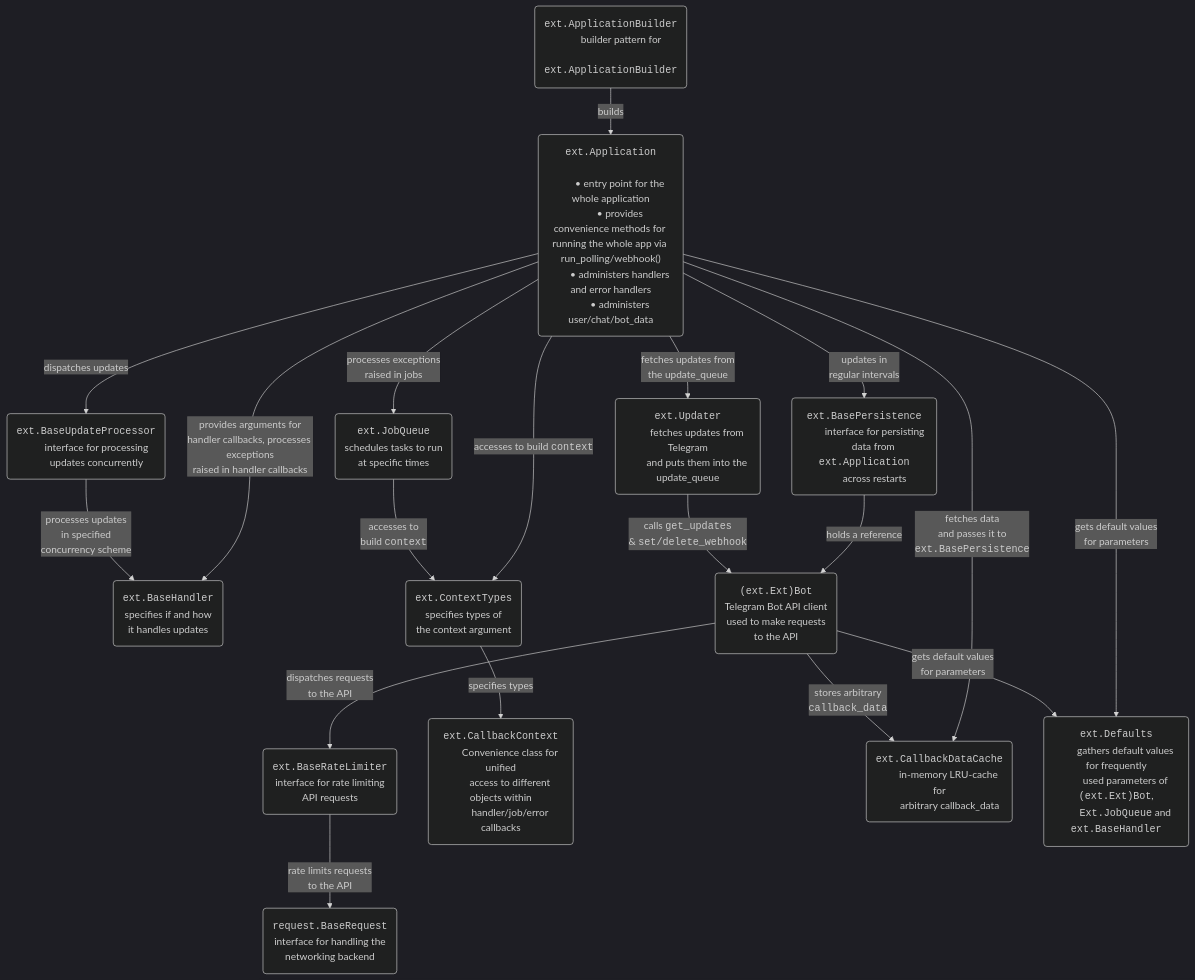
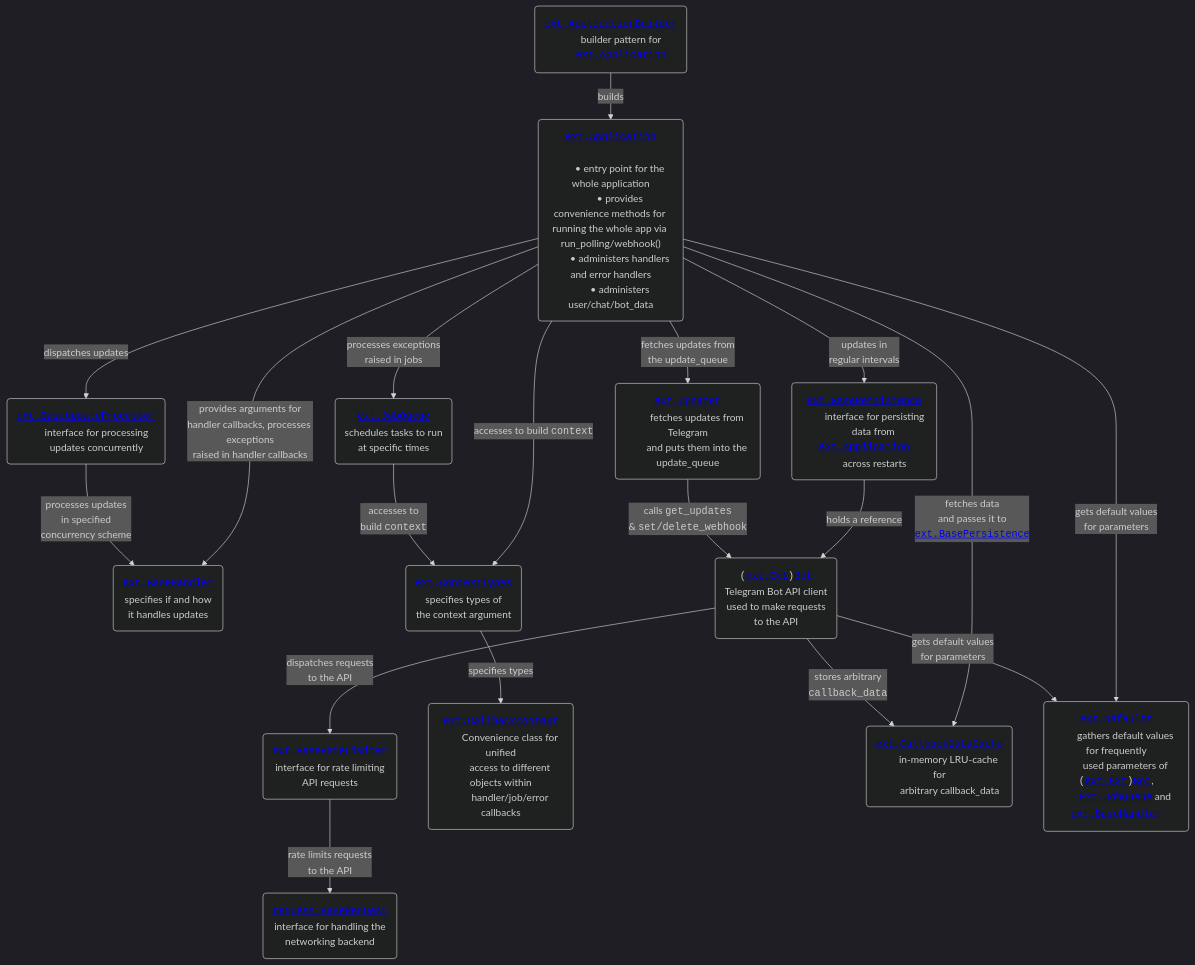
Before and after one commit to RakhithJK/python-telegram-bot-python-telegram-bot-wiki: the diagram in Architecture.md, drawn with Mermaid (dark theme).

Commit message:
Add hyperlinks 🤩

````diff
--- a/Architecture.md
+++ b/Architecture.md
@@ -7,12 +7,12 @@
 ```mermaid
 flowchart TD;
     AppBuilder("
-        <code>ext.ApplicationBuilder</code>
+        <a href='https://docs.python-telegram-bot.org/telegram.ext.applicationbuilder.html'><code>ext.ApplicationBuilder</code></a>
         builder pattern for
-        <code>ext.ApplicationBuilder</code>
+        <a href='https://docs.python-telegram-bot.org/telegram.ext.application.html'><code>ext.Application</code></a>
     ");
     App("
-        <code>ext.Application</code>
+        <a href='https://docs.python-telegram-bot.org/telegram.ext.application.html'><code>ext.Application</code></a>
         
         • entry point for the whole application</li>
         • provides convenience methods for running the whole app via run_polling/webhook()</li>
@@ -20,66 +20,66 @@
         • administers user/chat/bot_data</li>
     ");
     BaseHandler("
-        <code>ext.BaseHandler</code>
+        <a href='https://docs.python-telegram-bot.org/telegram.ext.basehandler.html'><code>ext.BaseHandler</code></a>
         specifies if and how
         it handles updates
     ");
     BaseRateLimiter("
-        <code>ext.BaseRateLimiter</code>
+        <a href='https://docs.python-telegram-bot.org/telegram.ext.baseratelimiter.html'><code>ext.BaseRateLimiter</code></a>
         interface for rate limiting
         API requests
     ");
     BaseRequest("
-        <code>request.BaseRequest</code>
+        <a href='https://docs.python-telegram-bot.org/telegram.request.baserequest.html'><code>request.BaseRequest</code></a>
         interface for handling the
         networking backend
     ");
     BasePersistence("
-        <code>ext.BasePersistence</code>
+        <a href='https://docs.python-telegram-bot.org/telegram.ext.basepersistence.html'><code>ext.BasePersistence</code></a>
         interface for persisting
-        data from <code>ext.Application</code>
+        data from <a href='https://docs.python-telegram-bot.org/telegram.ext.application.html'><code>ext.Application</code></a>
         across restarts
     ");
     BaseUpdateProcessor("
-        <code>ext.BaseUpdateProcessor</code>
+        <a href='https://docs.python-telegram-bot.org/telegram.ext.baseupdateprocessor.html'><code>ext.BaseUpdateProcessor</code></a>
         interface for processing
         updates concurrently
     ");
     Bot("
-        <code>(ext.Ext)Bot</code>
+        <code>(<a href='https://docs.python-telegram-bot.org/telegram.ext.extbot.html'>ext.Ext</a>)<a href='https://docs.python-telegram-bot.org/telegram.bot.html'>Bot</a></code>
         Telegram Bot API client
         used to make requests
         to the API
     ");
     CallbackContext("
-        <code>ext.CallbackContext</code>
+        <a href='https://docs.python-telegram-bot.org/telegram.ext.callbackcontext.html'><code>ext.CallbackContext</code></a>
         Convenience class for unified
         access to different objects within
         handler/job/error callbacks
     ");
     CallbackDataCache("
-        <code>ext.CallbackDataCache</code>
+        <a href='https://docs.python-telegram-bot.org/telegram.ext.callbackdatacache.html'><code>ext.CallbackDataCache</code></a>
         in-memory LRU-cache for
         arbitrary callback_data
     ");
     ContextTypes("
-        <code>ext.ContextTypes</code>
+        <a href='https://docs.python-telegram-bot.org/telegram.ext.contexttypes.html'><code>ext.ContextTypes</code></a>
         specifies types of
         the context argument
     ");
     Defaults("
-        <code>ext.Defaults</code>
+        <a href='https://docs.python-telegram-bot.org/telegram.ext.defaults.html'><code>ext.Defaults</code></a>
         gathers default values for frequently
-        used parameters of <code>(ext.Ext)Bot</code>,
-        <code>Ext.JobQueue</code> and <code>ext.BaseHandler</code>
+        used parameters of <code>(<a href='https://docs.python-telegram-bot.org/telegram.ext.extbot.html'>ext.Ext</a>)<a href='https://docs.python-telegram-bot.org/telegram.bot.html'>Bot</a></code>,
+        <a href='https://docs.python-telegram-bot.org/telegram.ext.jobqueue.html'><code>Ext.JobQueue</code></a> and <a href='https://docs.python-telegram-bot.org/telegram.ext.basehandler.html'><code>ext.BaseHandler</code></a>
     ");
     JobQueue("
-        <code>ext.JobQueue</code>
+        <a href='https://docs.python-telegram-bot.org/telegram.ext.jobqueue.html'><code>ext.JobQueue</code></a>
         schedules tasks to run
         at specific times
     ");
     Updater("
-        <code>ext.Updater</code>
+        <a href='https://docs.python-telegram-bot.org/telegram.ext.updater.html'><code>ext.Updater</code></a>
         fetches updates from Telegram
         and puts them into the update_queue
     ");
@@ -88,7 +88,7 @@
     App -- accesses to build <code>context</code> --> ContextTypes;
     App -- "provides arguments for<br>handler callbacks, processes exceptions<br>raised in handler callbacks" --> BaseHandler;
     App -- processes exceptions<br>raised in jobs --> JobQueue;
-    App -- fetches data<br>and passes it to<br><code>ext.BasePersistence</code> --> CallbackDataCache;
+    App -- fetches data<br>and passes it to<br><a href='https://docs.python-telegram-bot.org/telegram.ext.basepersistence.html'><code>ext.BasePersistence</code></a> --> CallbackDataCache;
     App -- fetches updates from<br>the update_queue --> Updater;
     App -- updates in<br>regular intervals --> BasePersistence;
     App -- gets default values<br>for parameters --> Defaults;
````
